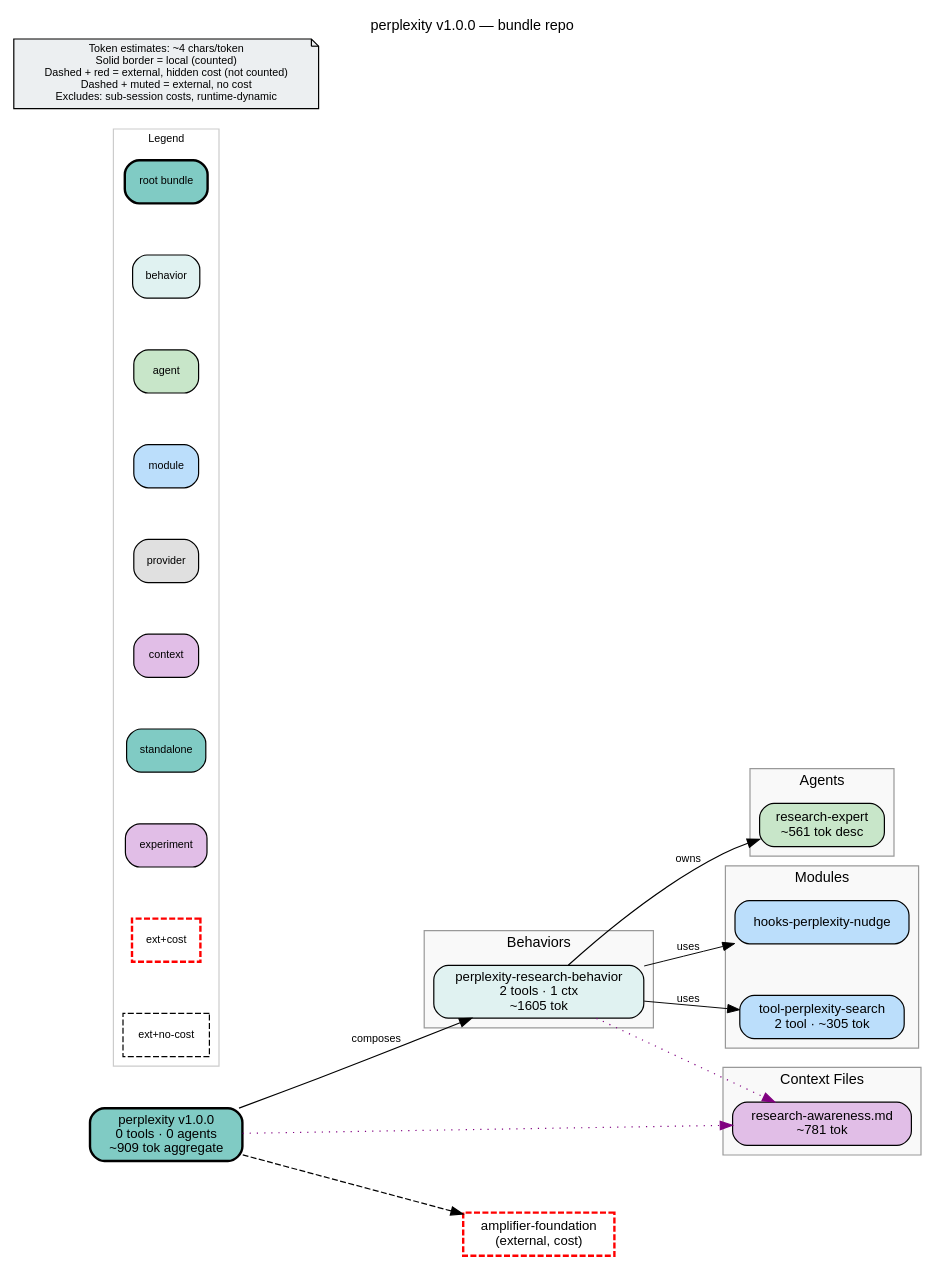
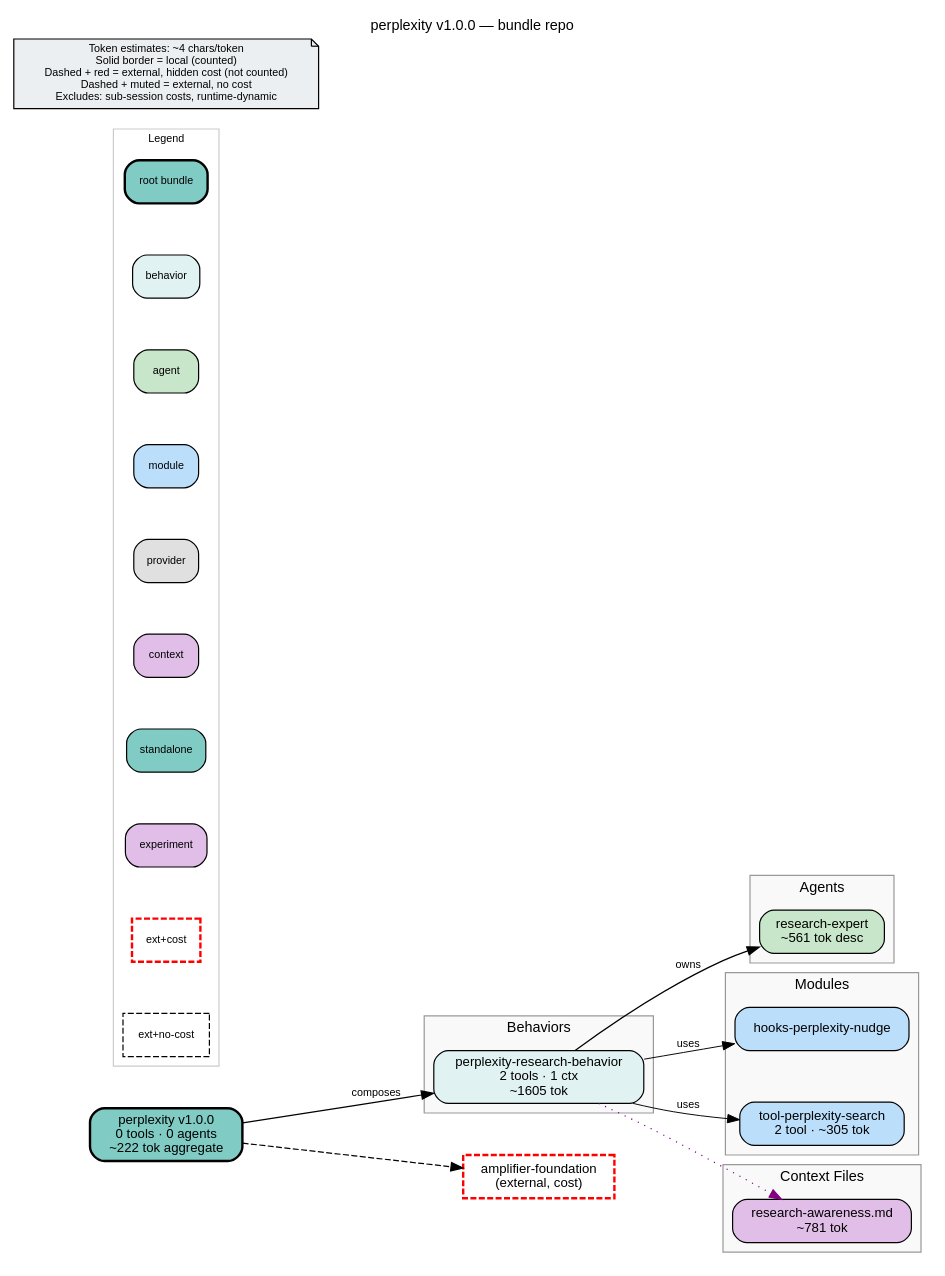
The diagram in bundle.dot (colombod/amplifier-bundle-perplexity), drawn with Graphviz before and after one commit. The commit also changed 4 other files, not shown here.

```diff
--- a/bundle.dot
+++ b/bundle.dot
@@ -1,85 +1,84 @@
 digraph perplexity {
     rankdir=LR
     fontname="Helvetica"
     fontsize=12
     label="perplexity v1.0.0 — bundle repo"
     labelloc=t
     labeljust=c
     nodesep=0.6
     ranksep=0.7
     bgcolor="white"
-    source_hash="f978b6b8b4368f40fb761f751ce84822c0816811e81c63aed460f5ecf36d89c3"
+    source_hash="4a20644f711105fe3857198dadb83599c0e64c4acc60b71c05756e7c6a455121"
 
     node [fontname="Helvetica", fontsize=11, style="filled,rounded"]
     edge [fontname="Helvetica", fontsize=9]
 
-    root_perplexity [label="perplexity v1.0.0\n0 tools · 0 agents\n~909 tok aggregate", shape=box, fillcolor="#80cbc4", style="filled,rounded,bold", penwidth=2]
+    root_perplexity [label="perplexity v1.0.0\n0 tools · 0 agents\n~222 tok aggregate", shape=box, fillcolor="#80cbc4", style="filled,rounded,bold", penwidth=2]
 
     subgraph cluster_behaviors {
         label="Behaviors"
         style="filled"
         fillcolor="#f9f9f9"
         color="#999999"
 
         beh_perplexity_research_behavior [label="perplexity-research-behavior\n2 tools · 1 ctx\n~1605 tok", shape=box, fillcolor="#e0f2f1", style="filled,rounded"]
     }
 
     subgraph cluster_agents {
         label="Agents"
         style="filled"
         fillcolor="#f9f9f9"
         color="#999999"
 
         agt_research_expert [label="research-expert\n~561 tok desc", shape=box, fillcolor="#c8e6c9", style="filled,rounded"]
     }
 
     subgraph cluster_modules {
         label="Modules"
         style="filled"
         fillcolor="#f9f9f9"
         color="#999999"
 
         mod_hooks_perplexity_nudge [label="hooks-perplexity-nudge", shape=box, fillcolor="#bbdefb", style="filled,rounded"]
         mod_tool_perplexity_search [label="tool-perplexity-search\n2 tool · ~305 tok", shape=box, fillcolor="#bbdefb", style="filled,rounded"]
     }
 
     subgraph cluster_context {
         label="Context Files"
         style="filled"
         fillcolor="#f9f9f9"
         color="#999999"
 
         ctx_research_awareness_md [label="research-awareness.md\n~781 tok", shape=box, fillcolor="#e1bee7", style="filled,rounded"]
     }
 
     subgraph cluster_legend {
         label="Legend"
         style="filled"
         fillcolor="white"
         color="#cccccc"
         fontsize=9
 
         leg_root [label="root bundle", shape=box, fillcolor="#80cbc4", style="filled,rounded,bold", fontsize=9]
         leg_behavior [label="behavior", shape=box, fillcolor="#e0f2f1", style="filled,rounded", fontsize=9]
         leg_agent [label="agent", shape=box, fillcolor="#c8e6c9", style="filled,rounded", fontsize=9]
         leg_module [label="module", shape=box, fillcolor="#bbdefb", style="filled,rounded", fontsize=9]
         leg_provider [label="provider", shape=box, fillcolor="#e0e0e0", style="filled,rounded", fontsize=9]
         leg_context [label="context", shape=box, fillcolor="#e1bee7", style="filled,rounded", fontsize=9]
         leg_standalone [label="standalone", shape=box, fillcolor="#80cbc4", style="filled,rounded", fontsize=9]
         leg_experiment [label="experiment", shape=box, fillcolor="#e1bee7", style="filled,rounded", fontsize=9]
         leg_ext_cost [label="ext+cost", shape=box, fillcolor="#80cbc4", style="dashed", color="red", penwidth=2, fontsize=9]
         leg_ext_muted [label="ext+no-cost", shape=box, fillcolor="#f5f5f5", style="dashed", fontsize=9]
     }
 
     disclaimer [label="Token estimates: ~4 chars/token\nSolid border = local (counted)\nDashed + red = external, hidden cost (not counted)\nDashed + muted = external, no cost\nExcludes: sub-session costs, runtime-dynamic", shape=note, fillcolor="#eceff1", style="filled", fontsize=9]
 
     ext_githttps___github_com_microsoft_amplifier_foundation_main [label="amplifier-foundation\n(external, cost)", shape=box, fillcolor="#80cbc4", style="dashed", color="red", penwidth=2]
 
     root_perplexity -> ext_githttps___github_com_microsoft_amplifier_foundation_main [style=dashed]
     root_perplexity -> beh_perplexity_research_behavior [label="composes"]
     beh_perplexity_research_behavior -> agt_research_expert [label="owns"]
     beh_perplexity_research_behavior -> mod_tool_perplexity_search [label="uses", penwidth=0.8]
     beh_perplexity_research_behavior -> mod_hooks_perplexity_nudge [label="uses", penwidth=0.8]
     beh_perplexity_research_behavior -> ctx_research_awareness_md [style=dotted, color=purple]
-    root_perplexity -> ctx_research_awareness_md [style=dotted, color=purple]
 }
```
